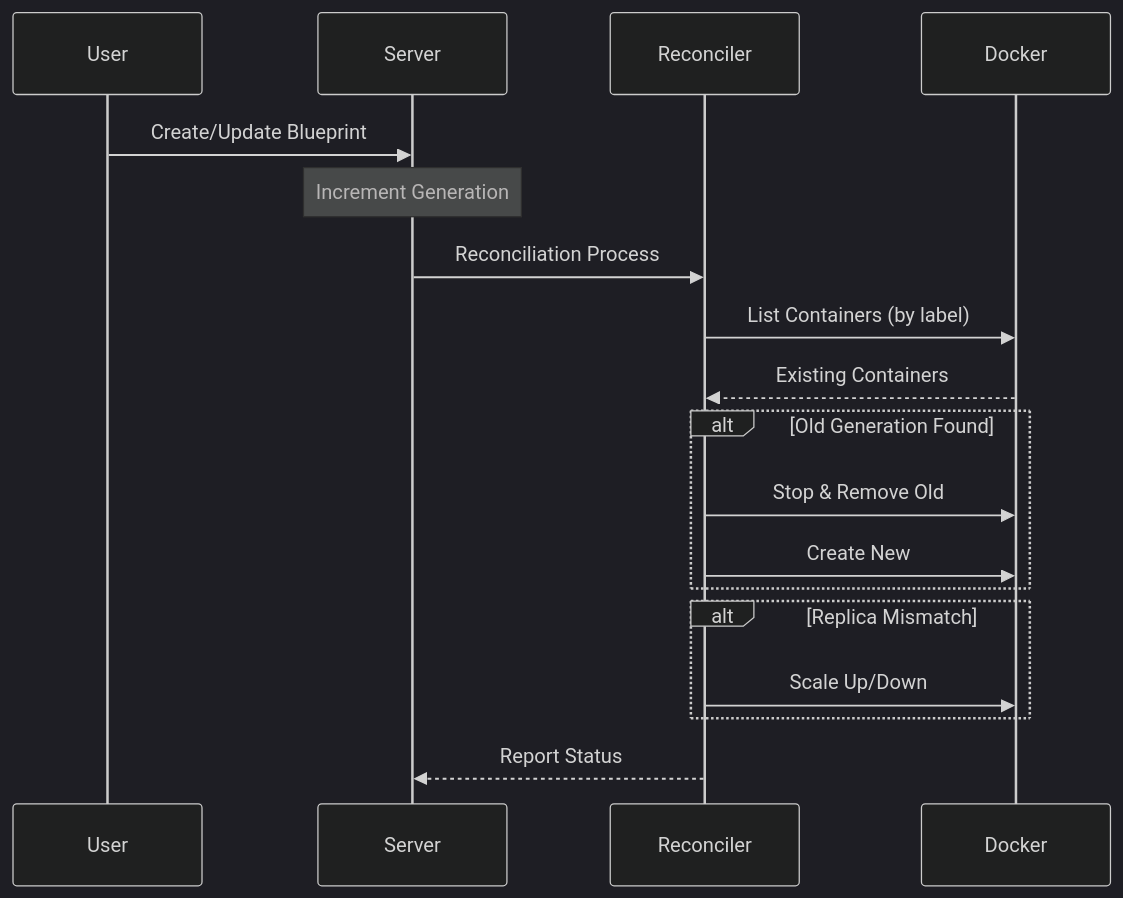
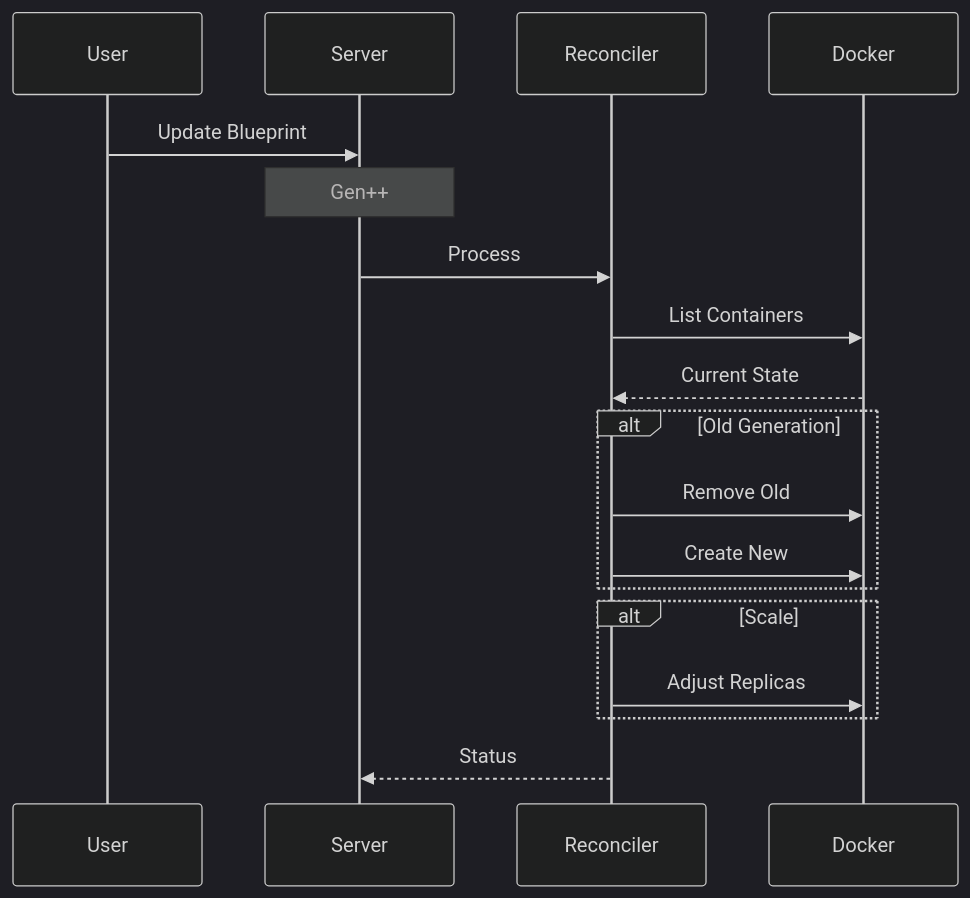
One commit to cop-pilot-eu/cluster-1-integration changed the fourth of 5 diagrams in README.md. Above: the diagram before and after it, drawn with Mermaid (dark theme). The commit also changed other lines of this file, not shown here.

````diff
--- a/README.md
+++ b/README.md
@@ -157,24 +155,24 @@
 ```mermaid
 sequenceDiagram
-    participant User
-    participant Server
-    participant Reconciler
-    participant Docker
+    participant U as User
+    participant S as Server
+    participant R as Reconciler
+    participant D as Docker
 
-    User->>Server: Create/Update Blueprint
-    Note over Server: Increment Generation
-    Server->>Reconciler: Reconciliation Process
-    Reconciler->>Docker: List Containers (by label)
-    Docker-->>Reconciler: Existing Containers
+    U->>S: Update Blueprint
+    Note over S: Gen++
+    S->>R: Process
+    R->>D: List Containers
+    D-->>R: Current State
 
-    alt Old Generation Found
-        Reconciler->>Docker: Stop & Remove Old
-        Reconciler->>Docker: Create New
+    alt Old Generation
+        R->>D: Remove Old
+        R->>D: Create New
     end
 
-    alt Replica Mismatch
-        Reconciler->>Docker: Scale Up/Down
+    alt Scale
+        R->>D: Adjust Replicas
     end
 
-    Reconciler-->>Server: Report Status
+    R-->>S: Status
 ```
````
